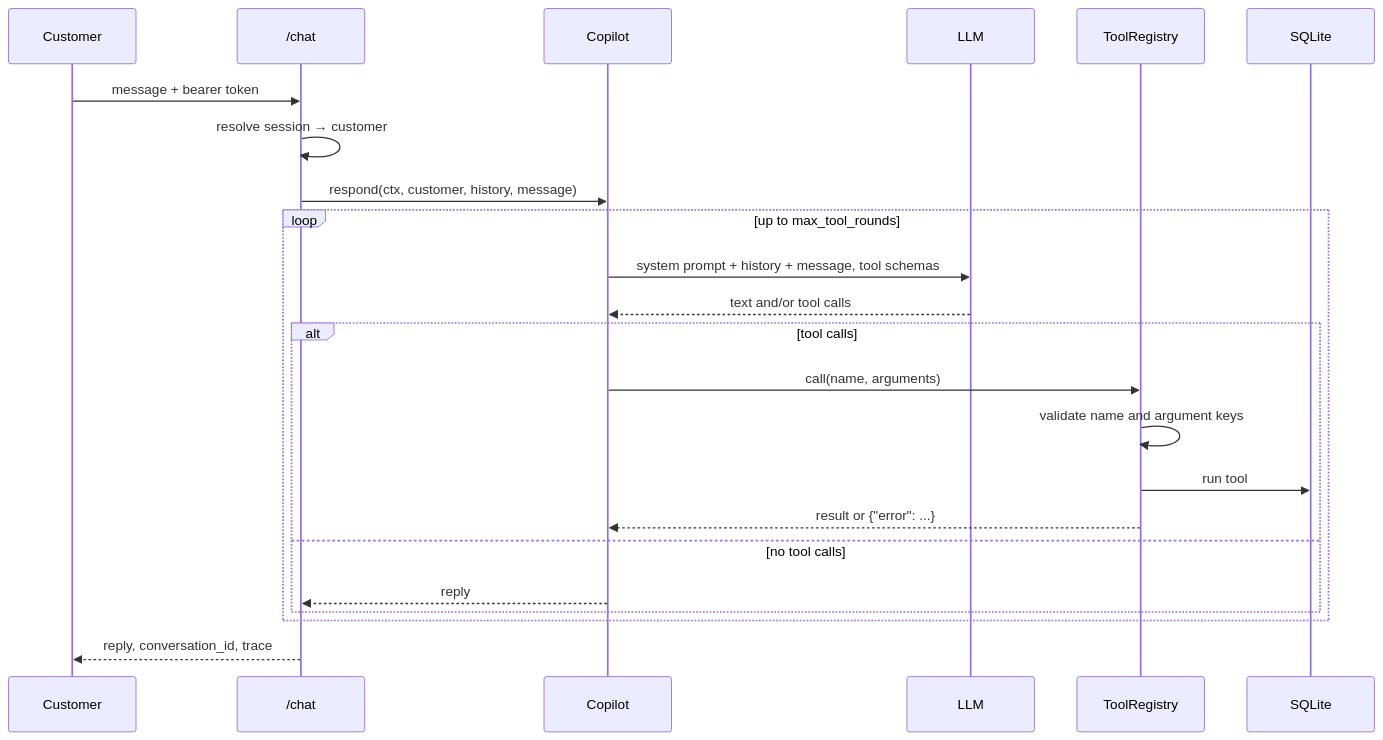
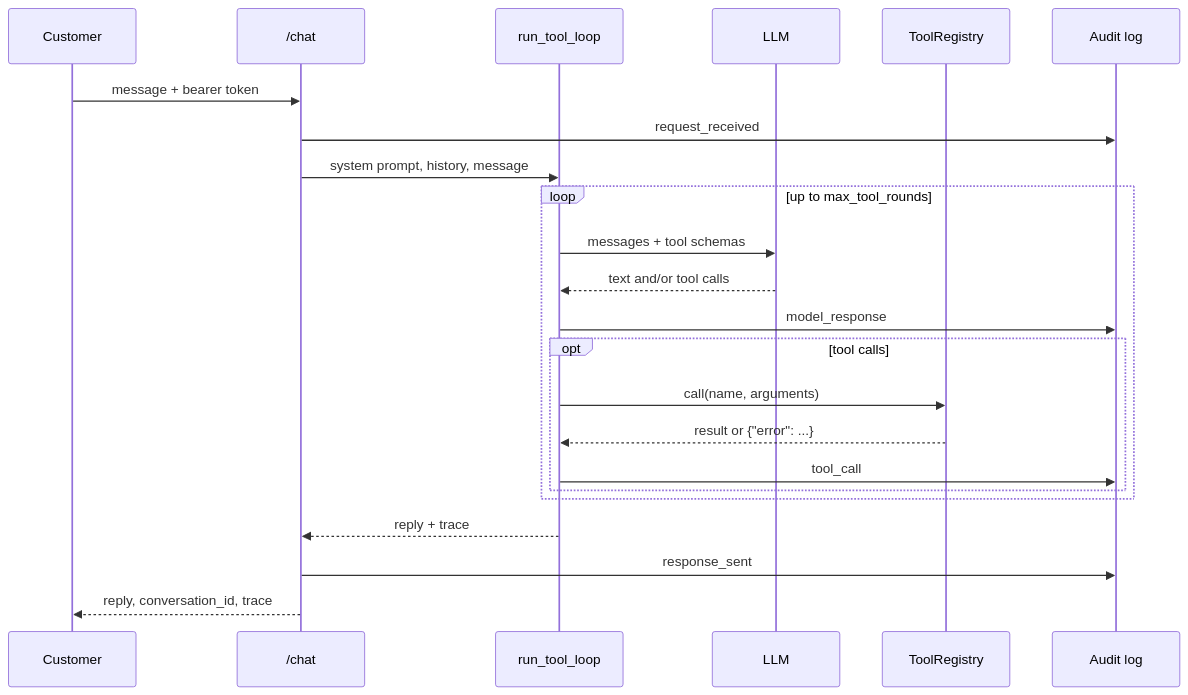
The diagram in docs/architecture.md (systemaditya/Bank-Copilot-Redteam), drawn with Mermaid before and after one commit. The commit also changed other lines of this file and 35 other files, not shown here.

First line of the commit message:
Week 3: policy retrieval, email-triage assistant, audit log

````diff
--- a/docs/architecture.md
+++ b/docs/architecture.md
@@ -22,26 +26,26 @@
 ```mermaid
 sequenceDiagram
     participant C as Customer
     participant API as /chat
-    participant CP as Copilot
+    participant A as run_tool_loop
     participant M as LLM
     participant R as ToolRegistry
-    participant DB as SQLite
+    participant L as Audit log
 
     C->>API: message + bearer token
-    API->>API: resolve session → customer
-    API->>CP: respond(ctx, customer, history, message)
+    API->>L: request_received
+    API->>A: system prompt, history, message
     loop up to max_tool_rounds
-        CP->>M: system prompt + history + message, tool schemas
-        M-->>CP: text and/or tool calls
-        alt tool calls
-            CP->>R: call(name, arguments)
-            R->>R: validate name and argument keys
-            R->>DB: run tool
-            R-->>CP: result or {"error": ...}
-        else no tool calls
-            CP-->>API: reply
+        A->>M: messages + tool schemas
+        M-->>A: text and/or tool calls
+        A->>L: model_response
+        opt tool calls
+            A->>R: call(name, arguments)
+            R-->>A: result or {"error": ...}
+            A->>L: tool_call
         end
     end
+    A-->>API: reply + trace
+    API->>L: response_sent
     API-->>C: reply, conversation_id, trace
 ```
````
